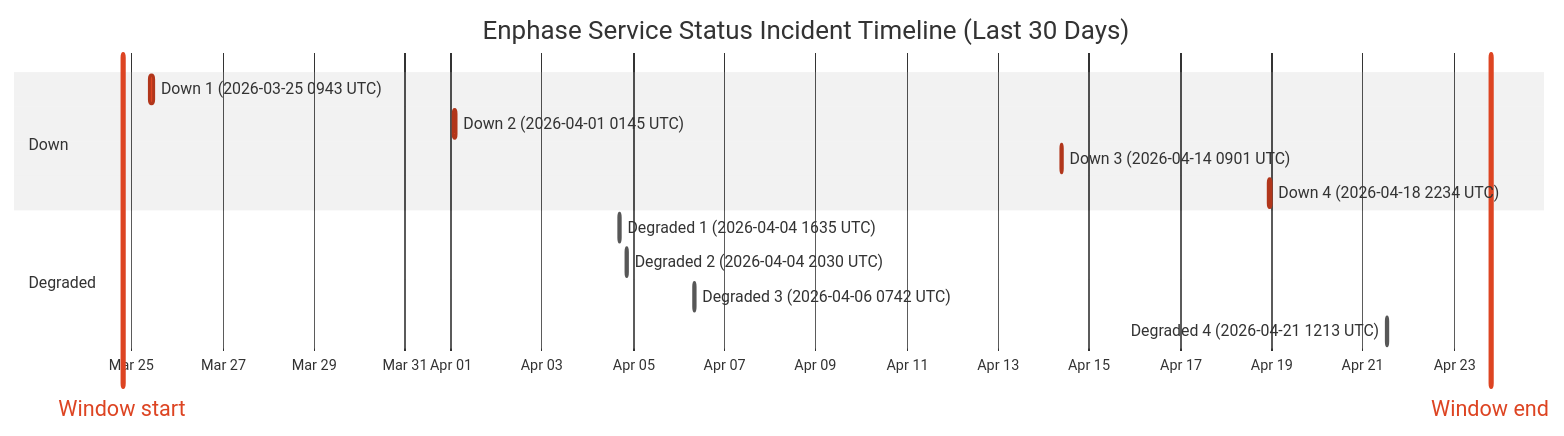
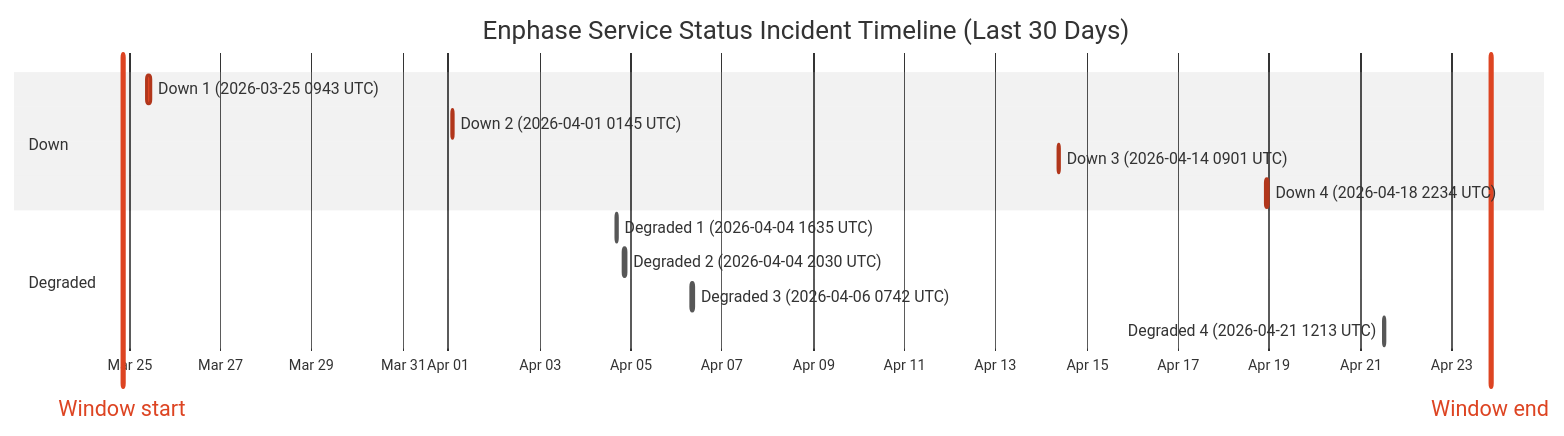
The diagram in wiki/Service-Status-History.md (barneyonline/ha-enphase-ev-charger), drawn with Mermaid (neutral theme) before and after one commit. The commit also changed other lines of this file and 3 other files, not shown here.

````diff
--- a/wiki/Service-Status-History.md
+++ b/wiki/Service-Status-History.md
@@ -14,18 +14,18 @@
 ```mermaid
 gantt
     title Enphase Service Status Incident Timeline (Last 30 Days)
     dateFormat  YYYY-MM-DDTHH:mm:ss
     axisFormat  %b %d
-    Window start :vert, window-start, 2026-03-24T19:06:56, 0ms
-    Window end :vert, window-end, 2026-04-23T19:06:56, 0ms
+    Window start :vert, window-start, 2026-03-24T20:31:21, 0ms
+    Window end :vert, window-end, 2026-04-23T20:31:21, 0ms
     section Down
     Down 1 (2026-03-25 0943 UTC) :crit, down-1, 2026-03-25T09:43:28, 111m
     Down 2 (2026-04-01 0145 UTC) :crit, down-2, 2026-04-01T01:45:09, 60m
     Down 3 (2026-04-14 0901 UTC) :crit, down-3, 2026-04-14T09:01:13, 60m
     Down 4 (2026-04-18 2234 UTC) :crit, down-4, 2026-04-18T22:34:13, 60m
     section Degraded
     Degraded 1 (2026-04-04 1635 UTC) :active, degraded-1, 2026-04-04T16:35:17, 60m
     Degraded 2 (2026-04-04 2030 UTC) :active, degraded-2, 2026-04-04T20:30:40, 60m
     Degraded 3 (2026-04-06 0742 UTC) :active, degraded-3, 2026-04-06T07:42:09, 85m
     Degraded 4 (2026-04-21 1213 UTC) :active, degraded-4, 2026-04-21T12:13:11, 60m
 ```
````
